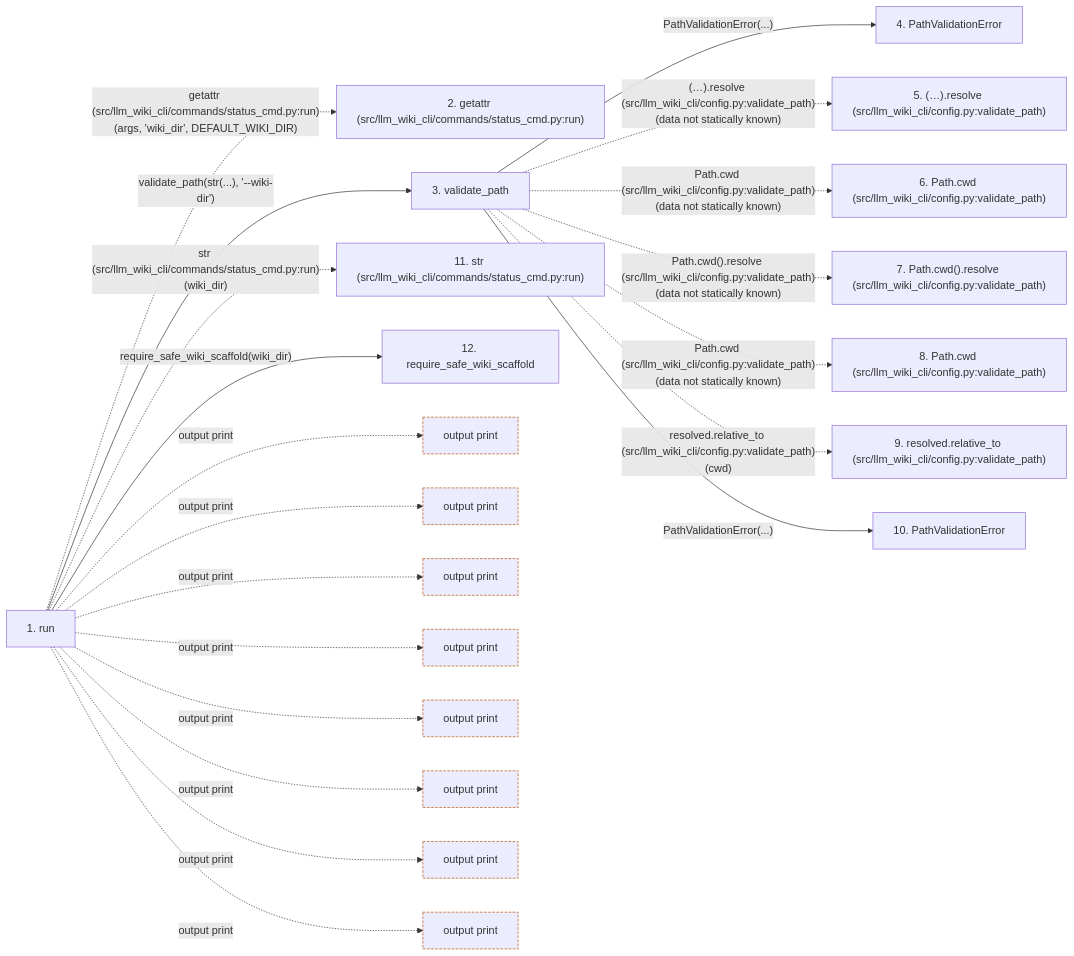
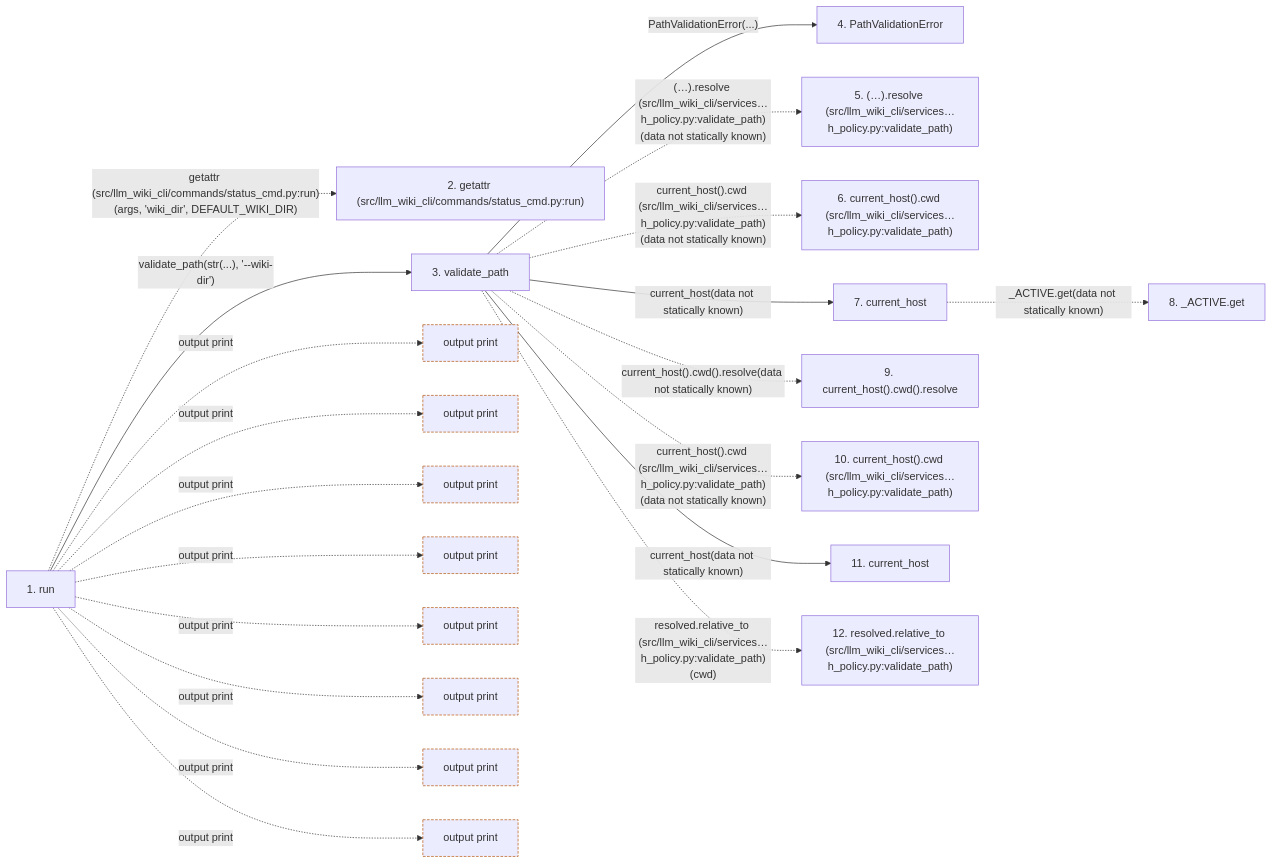
One commit to Denissvgn/python-wiki-llm changed the second of 2 diagrams in docs/llm_wiki/flows/cli-status.md. Above: the diagram before and after it, drawn with Mermaid. The commit also changed other lines of this file and 1555 other files, not shown here.

````diff
--- a/docs/llm_wiki/flows/cli-status.md
+++ b/docs/llm_wiki/flows/cli-status.md
@@ -170,56 +175,56 @@
 ```mermaid
 flowchart LR
     s1["1. run"]
     s2["2. getattr (src/llm_wiki_cli/commands/status_cmd.py:run)"]
     s3["3. validate_path"]
     s4["4. PathValidationError"]
-    s5["5. (…).resolve (src/llm_wiki_cli/config.py:validate_path)"]
-    s6["6. Path.cwd (src/llm_wiki_cli/config.py:validate_path)"]
-    s7["7. Path.cwd().resolve (src/llm_wiki_cli/config.py:validate_path)"]
-    s8["8. Path.cwd (src/llm_wiki_cli/config.py:validate_path)"]
-    s9["9. resolved.relative_to (src/llm_wiki_cli/config.py:validate_path)"]
-    s10["10. PathValidationError"]
-    s11["11. str (src/llm_wiki_cli/commands/status_cmd.py:run)"]
-    s12["12. require_safe_wiki_scaffold"]
+    s5["5. (…).resolve (src/llm_wiki_cli/services…h_policy.py:validate_path)"]
+    s6["6. current_host().cwd (src/llm_wiki_cli/services…h_policy.py:validate_path)"]
+    s7["7. current_host"]
+    s8["8. _ACTIVE.get"]
+    s9["9. current_host().cwd().resolve"]
+    s10["10. current_host().cwd (src/llm_wiki_cli/services…h_policy.py:validate_path)"]
+    s11["11. current_host"]
+    s12["12. resolved.relative_to (src/llm_wiki_cli/services…h_policy.py:validate_path)"]
     s1 -. "getattr (src/llm_wiki_cli/commands/status_cmd.py:run)(args, 'wiki_dir', DEFAULT_WIKI_DIR)" .-> s2
     s1 -->|"validate_path(str(...), '--wiki-dir')"| s3
     s3 -->|"PathValidationError(...)"| s4
-    s3 -. "(…).resolve (src/llm_wiki_cli/config.py:validate_path)(data not statically known)" .-> s5
-    s3 -. "Path.cwd (src/llm_wiki_cli/config.py:validate_path)(data not statically known)" .-> s6
-    s3 -. "Path.cwd().resolve (src/llm_wiki_cli/config.py:validate_path)(data not statically known)" .-> s7
-    s3 -. "Path.cwd (src/llm_wiki_cli/config.py:validate_path)(data not statically known)" .-> s8
-    s3 -. "resolved.relative_to (src/llm_wiki_cli/config.py:validate_path)(cwd)" .-> s9
-    s3 -->|"PathValidationError(...)"| s10
-    s1 -. "str (src/llm_wiki_cli/commands/status_cmd.py:run)(wiki_dir)" .-> s11
-    s1 -->|"require_safe_wiki_scaffold(wiki_dir)"| s12
+    s3 -. "(…).resolve (src/llm_wiki_cli/services…h_policy.py:validate_path)(data not statically known)" .-> s5
+    s3 -. "current_host().cwd (src/llm_wiki_cli/services…h_policy.py:validate_path)(data not statically known)" .-> s6
+    s3 -->|"current_host(data not statically known)"| s7
+    s7 -. "_ACTIVE.get(data not statically known)" .-> s8
+    s3 -. "current_host().cwd().resolve(data not statically known)" .-> s9
+    s3 -. "current_host().cwd (src/llm_wiki_cli/services…h_policy.py:validate_path)(data not statically known)" .-> s10
+    s3 -->|"current_host(data not statically known)"| s11
+    s3 -. "resolved.relative_to (src/llm_wiki_cli/services…h_policy.py:validate_path)(cwd)" .-> s12
     b0["output print"]
     s1 -. "output print" .-> b0
     b1["output print"]
     s1 -. "output print" .-> b1
     b2["output print"]
     s1 -. "output print" .-> b2
     b3["output print"]
     s1 -. "output print" .-> b3
     b4["output print"]
     s1 -. "output print" .-> b4
     b5["output print"]
     s1 -. "output print" .-> b5
     b6["output print"]
     s1 -. "output print" .-> b6
     b7["output print"]
     s1 -. "output print" .-> b7
     click s1 "../modules/status_cmd.md"
-    click s3 "../modules/config.md"
-    click s4 "../modules/config.md"
-    click s10 "../modules/config.md"
-    click s12 "../modules/wiki_lifecycle.md"
+    click s3 "../modules/path_policy.md"
+    click s4 "../modules/path_policy.md"
+    click s7 "../modules/host.md"
+    click s11 "../modules/host.md"
     classDef boundary stroke:#b45309,stroke-dasharray: 4 2
     class b0 boundary
     class b1 boundary
     class b2 boundary
     class b3 boundary
     class b4 boundary
     class b5 boundary
     class b6 boundary
     class b7 boundary
 ```
````
